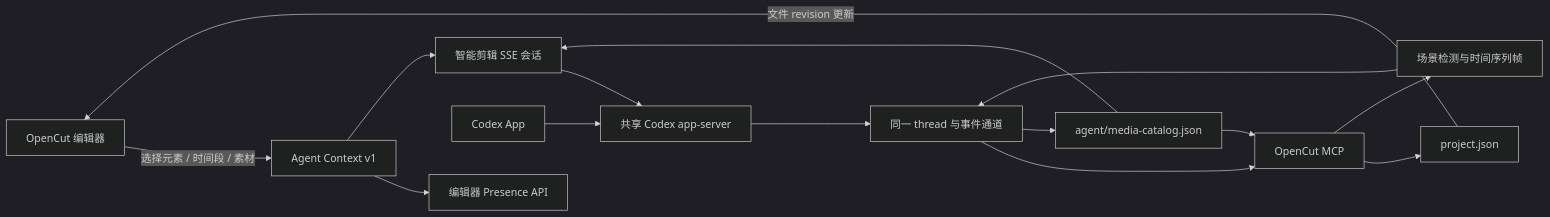
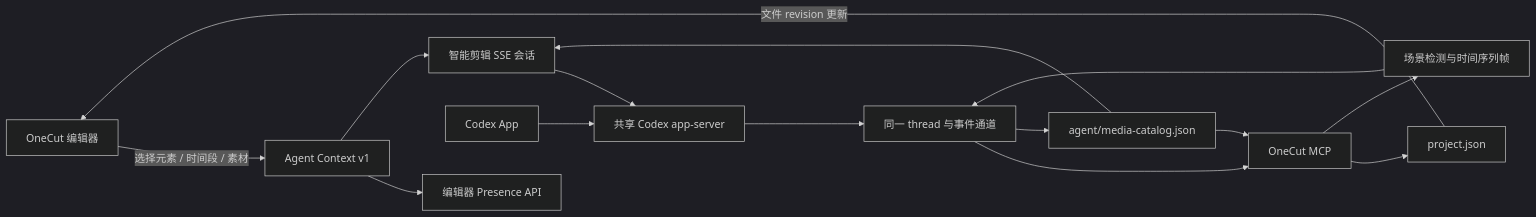
The diagram in docs/agent-smart-edit.md (zvv1999/moirai-cut), drawn with Mermaid (dark theme) before and after one commit. The commit also changed other lines of this file and 124 other files, not shown here.

Commit message:
feat: rebrand project as OneCut

````diff
--- a/docs/agent-smart-edit.md
+++ b/docs/agent-smart-edit.md
@@ -9,17 +9,17 @@
 ```mermaid
 flowchart LR
-  UI["OpenCut 编辑器"] -->|"选择元素 / 时间段 / 素材"| Context["Agent Context v1"]
+  UI["OneCut 编辑器"] -->|"选择元素 / 时间段 / 素材"| Context["Agent Context v1"]
   Context --> Presence["编辑器 Presence API"]
   Context --> Chat["智能剪辑 SSE 会话"]
   Chat --> Host["共享 Codex app-server"]
   App["Codex App"] --> Host
   Host --> Codex["同一 thread 与事件通道"]
-  Codex --> MCP["OpenCut MCP"]
+  Codex --> MCP["OneCut MCP"]
   MCP --> Project["project.json"]
   Project -->|"文件 revision 更新"| UI
   MCP --> Frames["场景检测与时间序列帧"]
   Frames --> Codex
   Codex --> Catalog["agent/media-catalog.json"]
   Catalog --> Chat
   Catalog --> MCP
 ```
````
